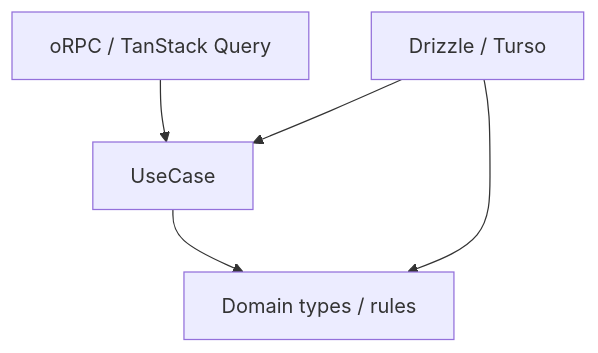
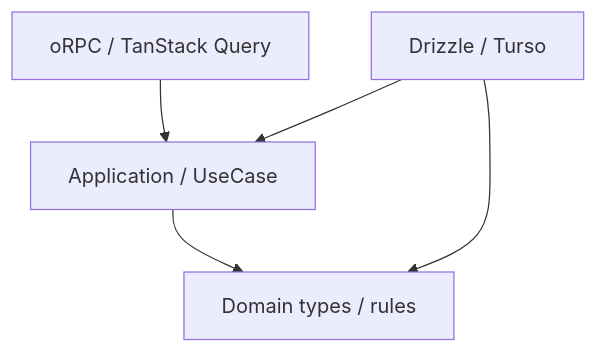
One commit to koralle/pantry changed the second of 2 diagrams in docs/superpowers/specs/2026-08-22-application-architecture-evolution-design.md. Above: the diagram before and after it, drawn with Mermaid. The commit also changed other lines of this file, not shown here.

Commit message:
docs: refine architecture around narrow ports

````diff
--- a/docs/superpowers/specs/2026-08-22-application-architecture-evolution-design.md
+++ b/docs/superpowers/specs/2026-08-22-application-architecture-evolution-design.md
@@ -148,12 +229,12 @@
 ```mermaid
 flowchart TD
   Transport[oRPC / TanStack Query]
-  Application[UseCase]
+  Application[Application / UseCase]
   Domain[Domain types / rules]
   Infrastructure[Drizzle / Turso]
 
   Transport --> Application
   Application --> Domain
   Infrastructure --> Application
   Infrastructure --> Domain
 ```
````
